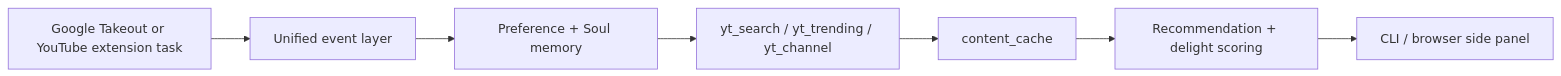
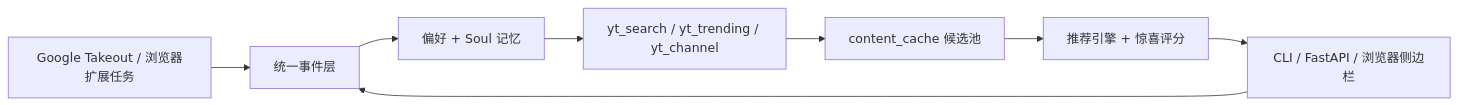
The diagram in docs/spec.md (steinyanaa/OpenYouTubeClaw), drawn with Mermaid before and after one commit. The commit also changed other lines of this file and 131 other files, not shown here.

First line of the commit message:
refactor: YouTube-only hard fork — delete all Bilibili/XHS/Douyin code

````diff
--- a/docs/spec.md
+++ b/docs/spec.md
@@ -6,9 +21,10 @@
 ```mermaid
 flowchart LR
-  Input[Google Takeout or YouTube extension task] --> Events[Unified event layer]
-  Events --> Memory[Preference + Soul memory]
+  Input[Google Takeout / 浏览器扩展任务] --> Events[统一事件层]
+  Events --> Memory[偏好 + Soul 记忆]
   Memory --> Discovery[yt_search / yt_trending / yt_channel]
-  Discovery --> Cache[content_cache]
-  Cache --> Recommend[Recommendation + delight scoring]
-  Recommend --> User[CLI / browser side panel]
+  Discovery --> Cache[content_cache 候选池]
+  Cache --> Recommend[推荐引擎 + 惊喜评分]
+  Recommend --> User[CLI / FastAPI / 浏览器侧边栏]
+  User --> Events
 ```
````
